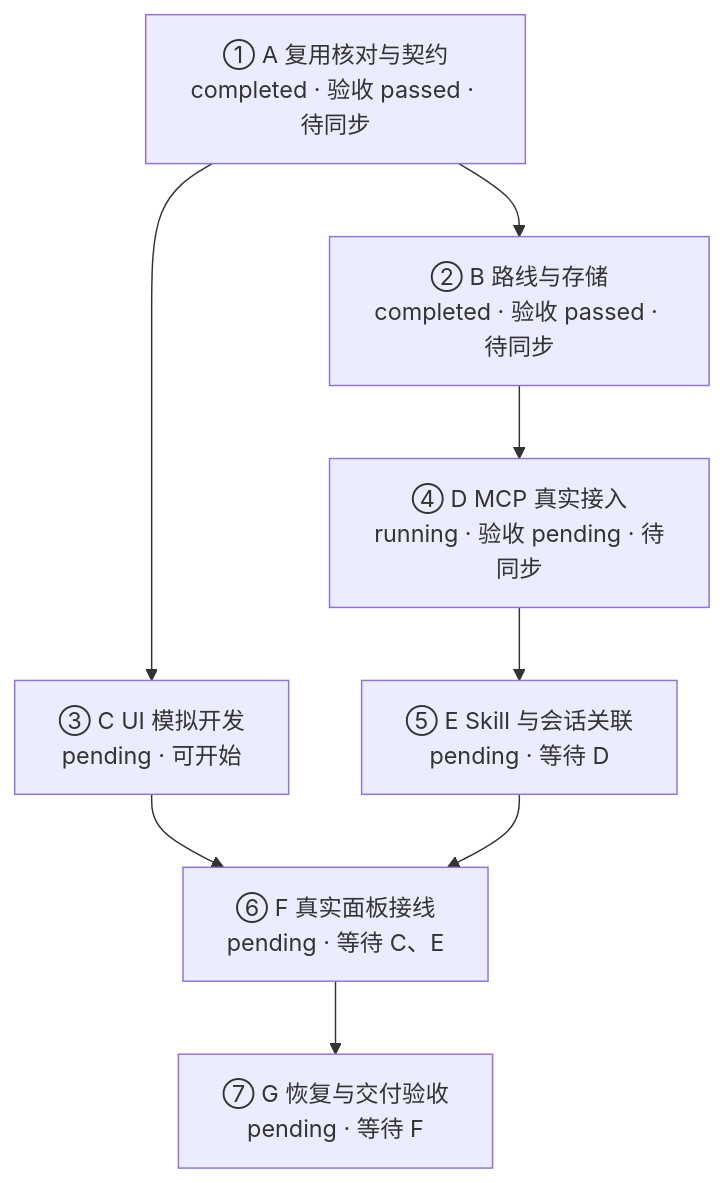
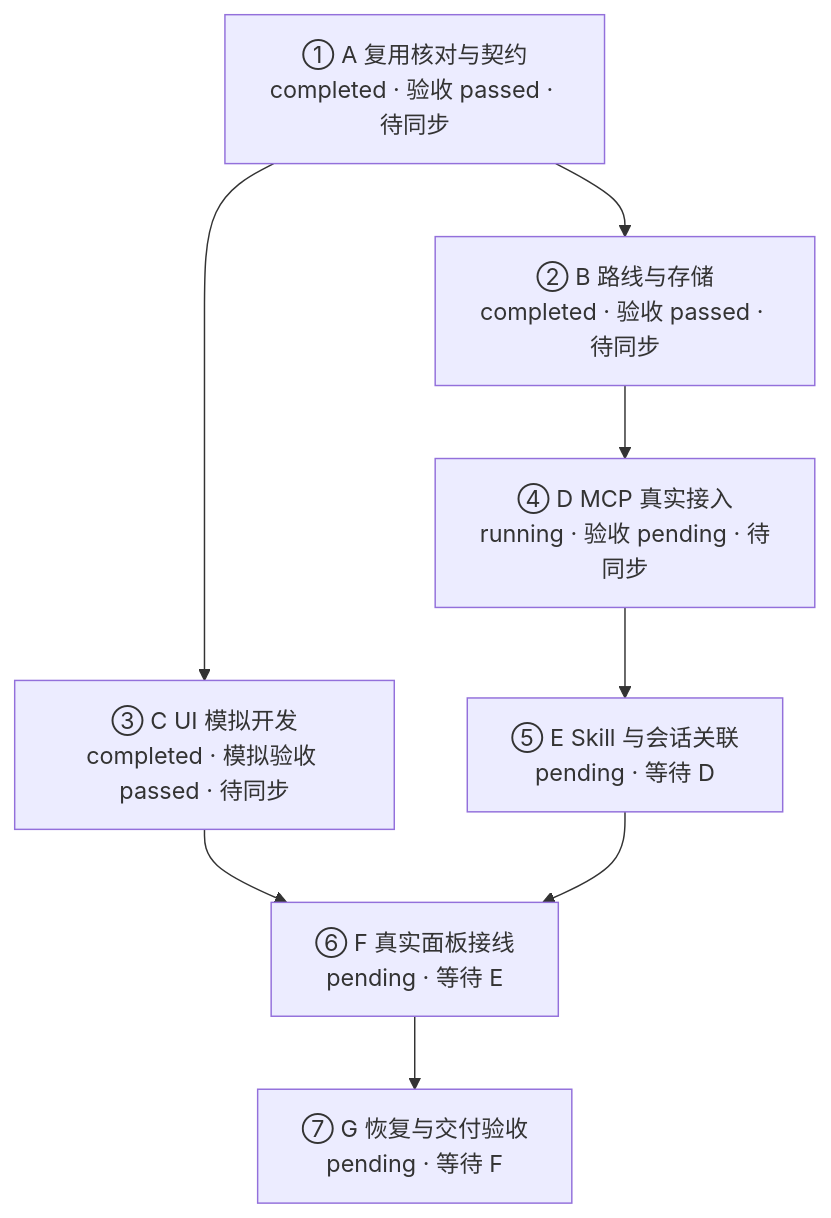
The diagram in docs/03_轻量路线工作台/00_执行入口/01_当前执行台账_2026-11-10.md (WuwuZhang0019/Codex-task-monitoring), drawn with Mermaid before and after one commit. The commit also changed other lines of this file and 14 other files, not shown here.

````diff
--- a/docs/03_轻量路线工作台/00_执行入口/01_当前执行台账_2026-11-10.md
+++ b/docs/03_轻量路线工作台/00_执行入口/01_当前执行台账_2026-11-10.md
@@ -130,10 +130,10 @@
 ```mermaid
 flowchart TD
     A["① A 复用核对与契约<br/>completed · 验收 passed · 待同步"] --> B["② B 路线与存储<br/>completed · 验收 passed · 待同步"]
-    A --> C["③ C UI 模拟开发<br/>pending · 可开始"]
+    A --> C["③ C UI 模拟开发<br/>completed · 模拟验收 passed · 待同步"]
     B --> D["④ D MCP 真实接入<br/>running · 验收 pending · 待同步"]
     D --> E["⑤ E Skill 与会话关联<br/>pending · 等待 D"]
-    C --> F["⑥ F 真实面板接线<br/>pending · 等待 C、E"]
+    C --> F["⑥ F 真实面板接线<br/>pending · 等待 E"]
     E --> F
     F --> G["⑦ G 恢复与交付验收<br/>pending · 等待 F"]
 ```
````
